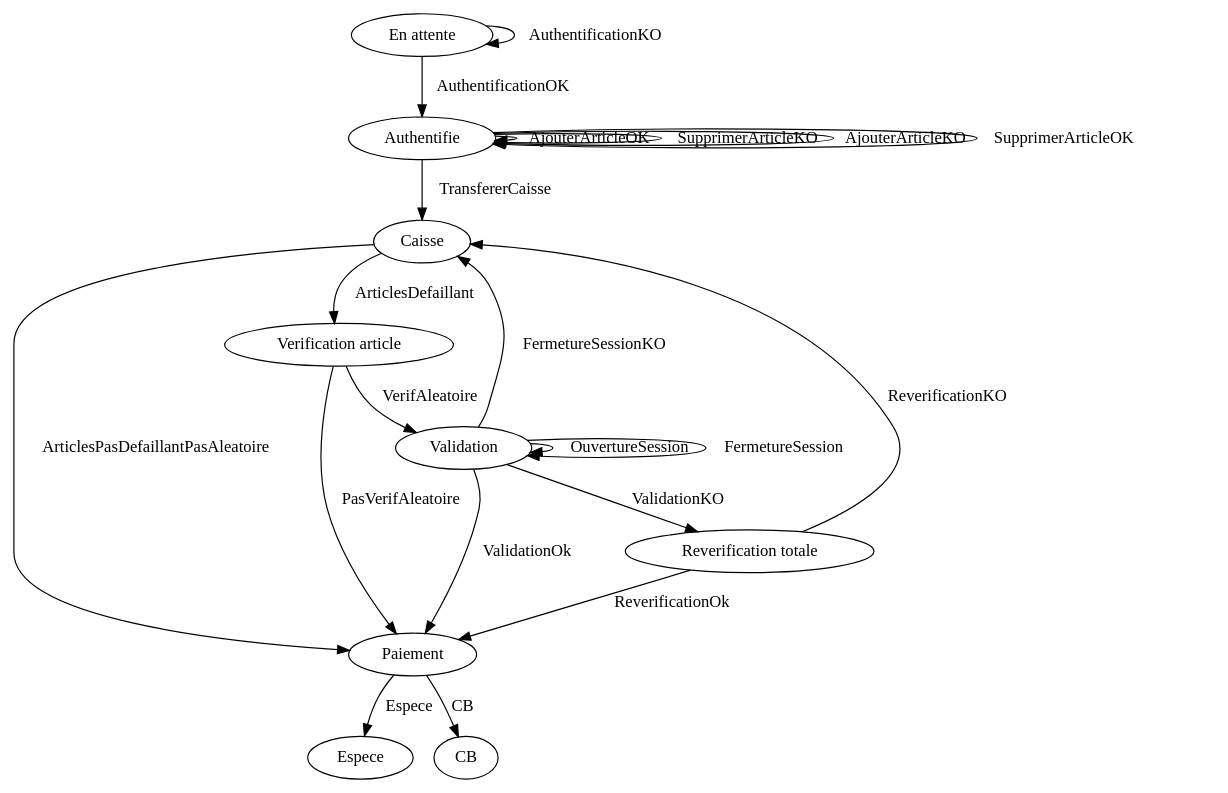
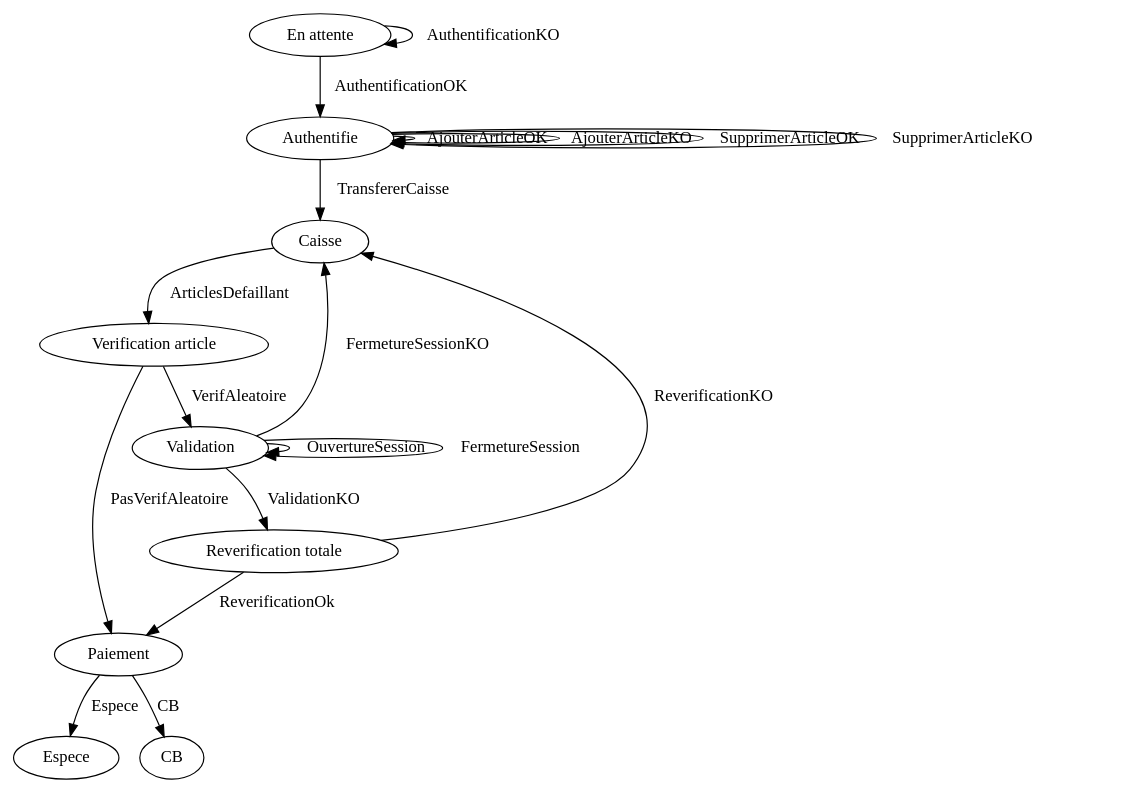
Before and after one commit to Seffarino/Validation-a-base-de-Modele: the diagram in graphDAB1.dot, drawn with Graphviz. The commit also changed 12 other files, not shown here.

```diff
--- a/graphDAB1.dot
+++ b/graphDAB1.dot
@@ -1,23 +1,21 @@
 digraph SCANETTE1
 {
   "En attente" -> "En attente"  [label="AuthentificationKO"];
   "En attente" -> Authentifie  [label="AuthentificationOK"];
   Authentifie -> Authentifie  [label="AjouterArticleOK"];
-  Authentifie -> Authentifie  [label="SupprimerArticleKO"];
   Authentifie -> Authentifie  [label="AjouterArticleKO"];
   Authentifie -> Authentifie  [label="SupprimerArticleOK"];
   Authentifie -> Caisse  [label="TransfererCaisse"];
-  Caisse -> Paiement  [label="ArticlesPasDefaillantPasAleatoire"];
   Caisse -> "Verification article"  [label="ArticlesDefaillant"];
+  "Verification article" -> Validation  [label="VerifAleatoire"];
+  Validation -> Validation  [label="OuvertureSession"];
+  Validation -> "Reverification totale"  [label="ValidationKO"];
+  "Reverification totale" -> Paiement  [label="ReverificationOk"];
+  Paiement -> Espece  [label="Espece"];
+  Authentifie -> Authentifie  [label="SupprimerArticleKO"];
   "Verification article" -> Paiement  [label="PasVerifAleatoire"];
-  Paiement -> Espece  [label="Espece"];
   Paiement -> CB  [label="CB"];
-  "Verification article" -> Validation  [label="VerifAleatoire"];
-  Validation -> "Reverification totale"  [label="ValidationKO"];
+  Validation -> Caisse  [label="FermetureSessionKO"];
+  Validation -> Validation  [label="FermetureSession"];
   "Reverification totale" -> Caisse  [label="ReverificationKO"];
-  Validation -> Paiement  [label="ValidationOk"];
-  Validation -> Validation  [label="OuvertureSession"];
-  Validation -> Validation  [label="FermetureSession"];
-  Validation -> Caisse  [label="FermetureSessionKO"];
-  "Reverification totale" -> Paiement  [label="ReverificationOk"];
 }
```
